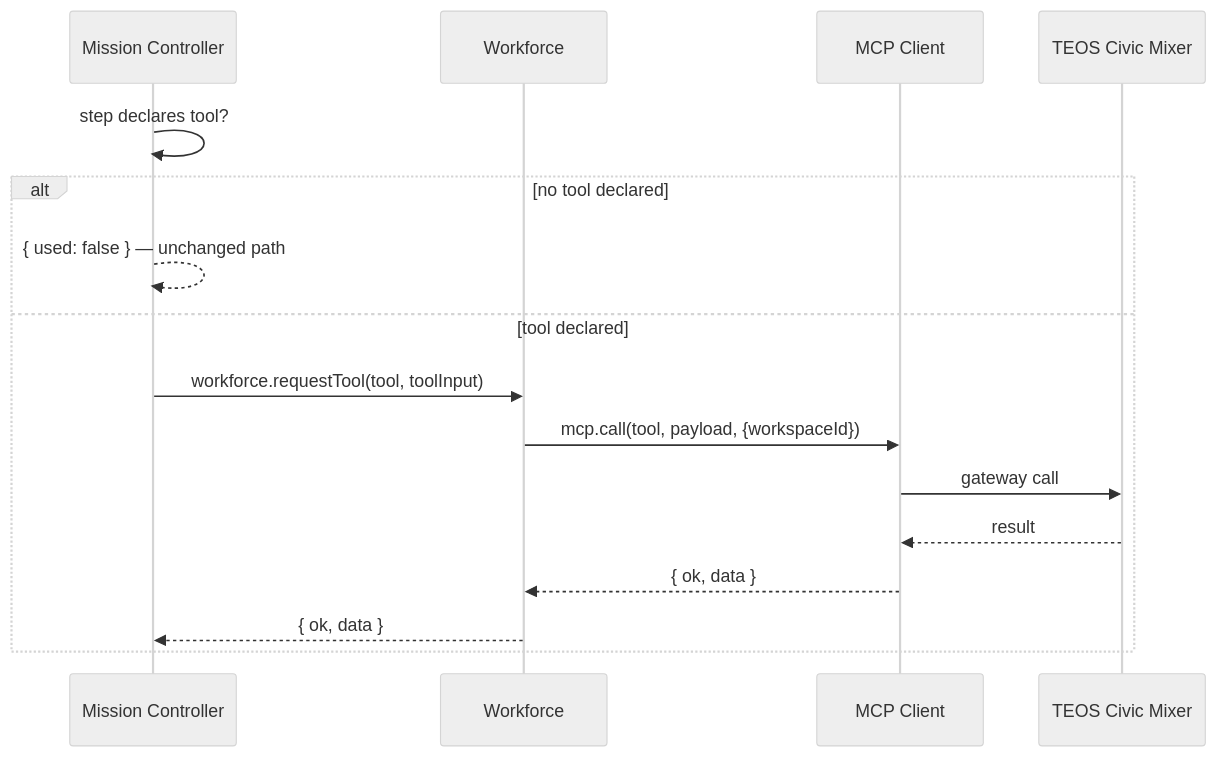
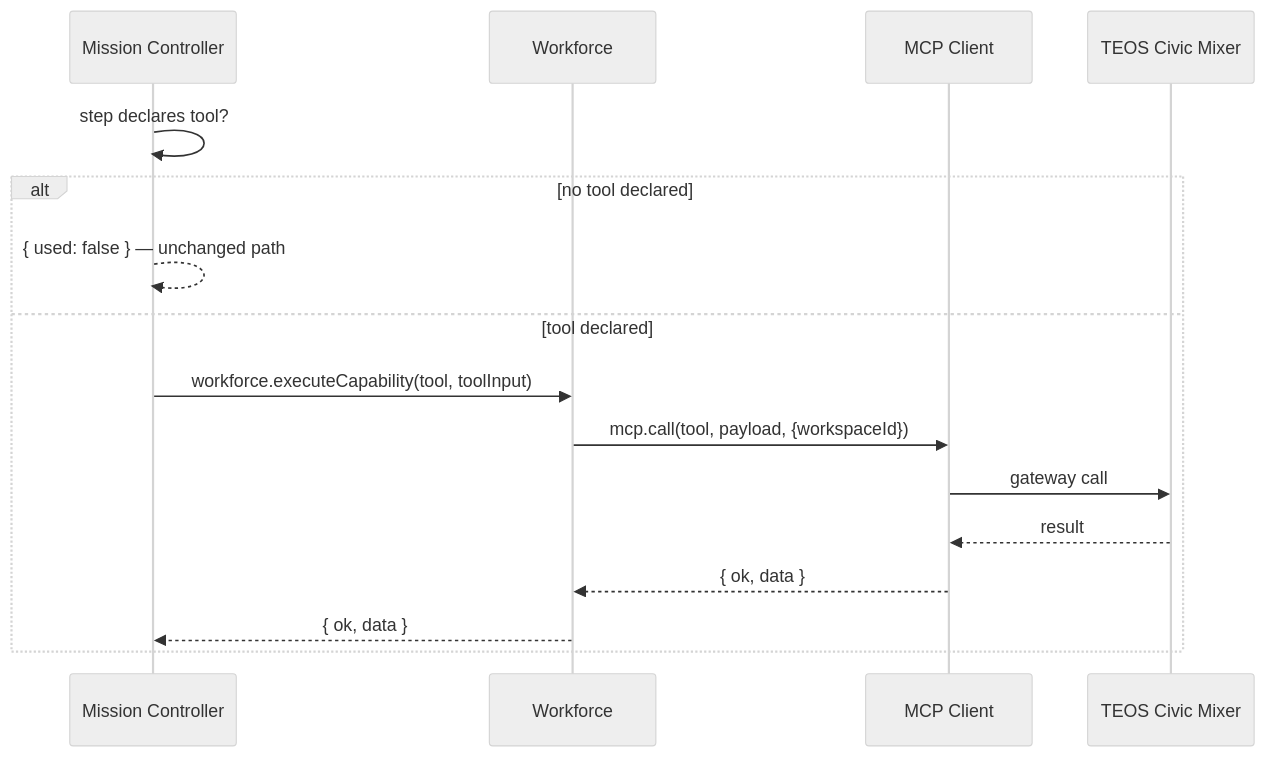
Before and after one commit to Elmahrosa/teos-dealmaker: the fourth of 4 diagrams in docs/MCP_ARCHITECTURE.md, drawn with Mermaid (neutral theme). The commit also changed other lines of this file and 5 other files, not shown here.

First line of the commit message:
refactor(mcp): rename requestTool to executeCapability

````diff
--- a/docs/MCP_ARCHITECTURE.md
+++ b/docs/MCP_ARCHITECTURE.md
@@ -133,19 +133,19 @@
 ```mermaid
 sequenceDiagram
     participant M as Mission Controller
     participant W as Workforce
     participant C as MCP Client
     participant G as TEOS Civic Mixer
 
     M->>M: step declares tool?
     alt no tool declared
         M-->>M: { used: false } — unchanged path
     else tool declared
-        M->>W: workforce.requestTool(tool, toolInput)
+        M->>W: workforce.executeCapability(tool, toolInput)
         W->>C: mcp.call(tool, payload, {workspaceId})
         C->>G: gateway call
         G-->>C: result
         C-->>W: { ok, data }
         W-->>M: { ok, data }
     end
 ```
````
